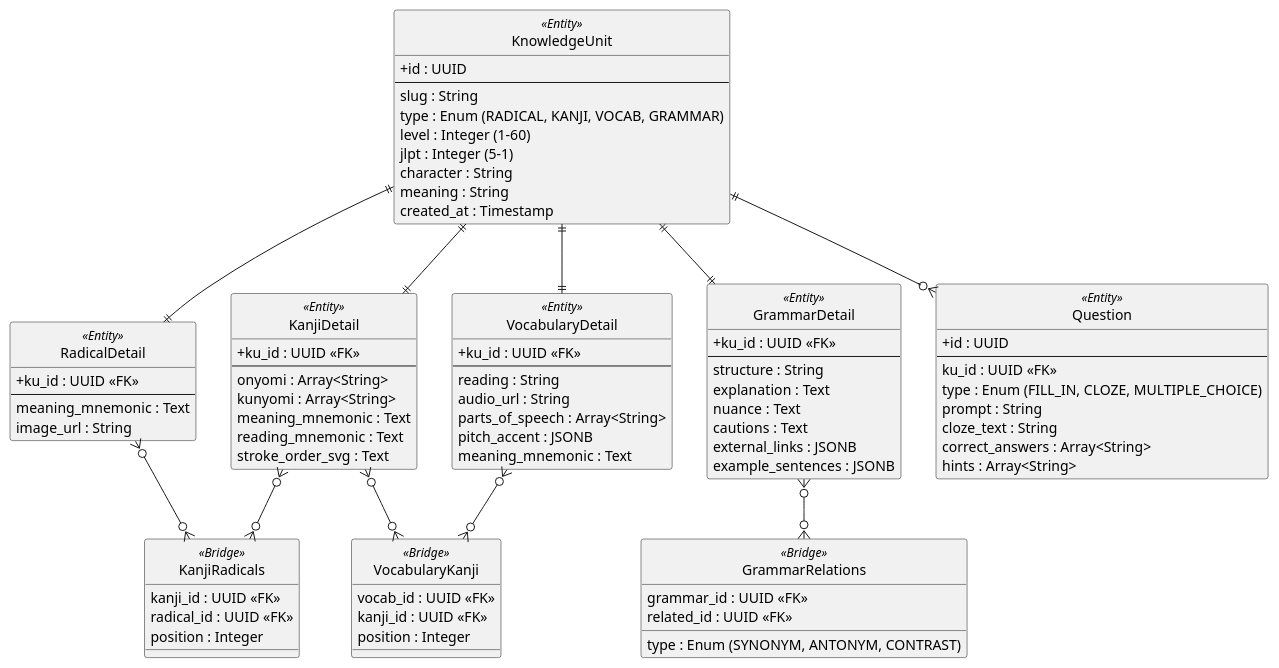
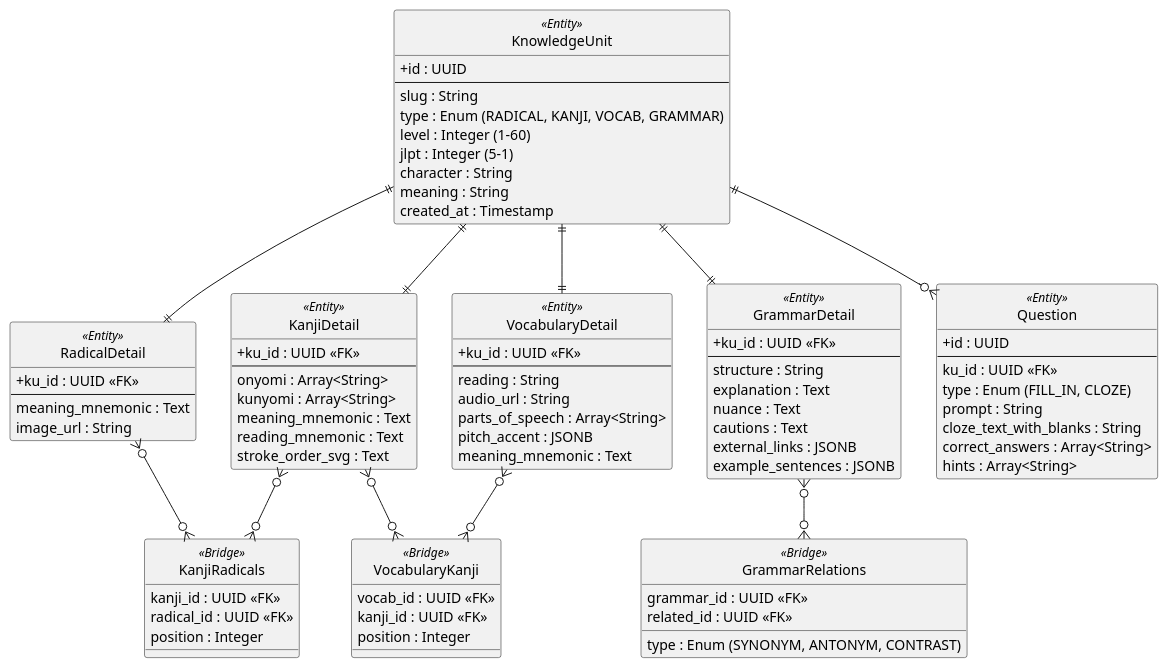
One commit to anhtranguyen-github/Hanachan changed the diagram in docs/er/content-er.md. Above: the diagram before and after it, drawn with PlantUML. The commit also changed 10 other files, not shown here.

Commit message:
docs: standardize ER diagrams, package list, and cross-consistency summary

```diff
--- a/docs/er/content-er.md
+++ b/docs/er/content-er.md
@@ -106,9 +106,9 @@
   + id : UUID
   --
   ku_id : UUID <<FK>>
-  type : Enum (FILL_IN, CLOZE, MULTIPLE_CHOICE)
+  type : Enum (FILL_IN, CLOZE)
   prompt : String
-  cloze_text : String
+  cloze_text_with_blanks : String
   correct_answers : Array<String>
   hints : Array<String>
 }
```
